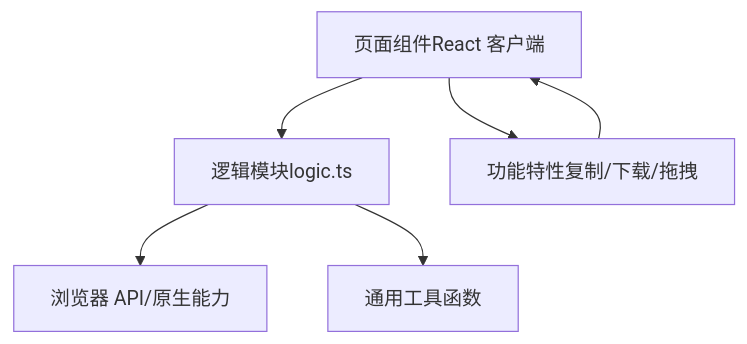
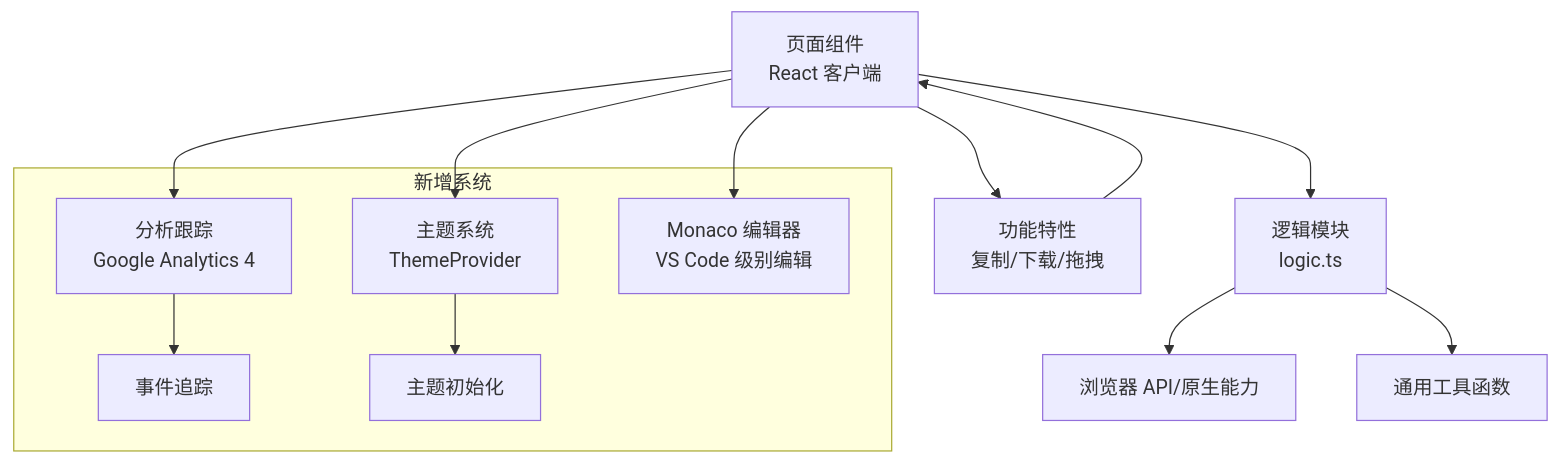
One commit to sgyy/privadeck changed the second of 3 diagrams in .qoder/repowiki/zh/content/开发者工具/开发者工具.md. Above: the diagram before and after it, drawn with Mermaid. The commit also changed other lines of this file and 4 other files, not shown here.

````diff
--- a/.qoder/repowiki/zh/content/开发者工具/开发者工具.md
+++ b/.qoder/repowiki/zh/content/开发者工具/开发者工具.md
@@ -178,8 +163,16 @@
 ```mermaid
 graph TB
-UI["页面组件React 客户端"] --> LOGIC["逻辑模块logic.ts"]
+UI["页面组件<br/>React 客户端"] --> LOGIC["逻辑模块<br/>logic.ts"]
 LOGIC --> NATIVE["浏览器 API/原生能力"]
 LOGIC --> UTIL["通用工具函数"]
-UI --> FEAT["功能特性复制/下载/拖拽"]
+subgraph "新增系统"
+ANALYTICS["分析跟踪<br/>Google Analytics 4"] --> TRACK["事件追踪"]
+THEME["主题系统<br/>ThemeProvider"] --> INIT["主题初始化"]
+MONACO["Monaco 编辑器<br/>VS Code 级别编辑"]
+end
+UI --> FEAT["功能特性<br/>复制/下载/拖拽"]
 FEAT --> UI
+UI --> ANALYTICS
+UI --> THEME
+UI --> MONACO
 ```
````
